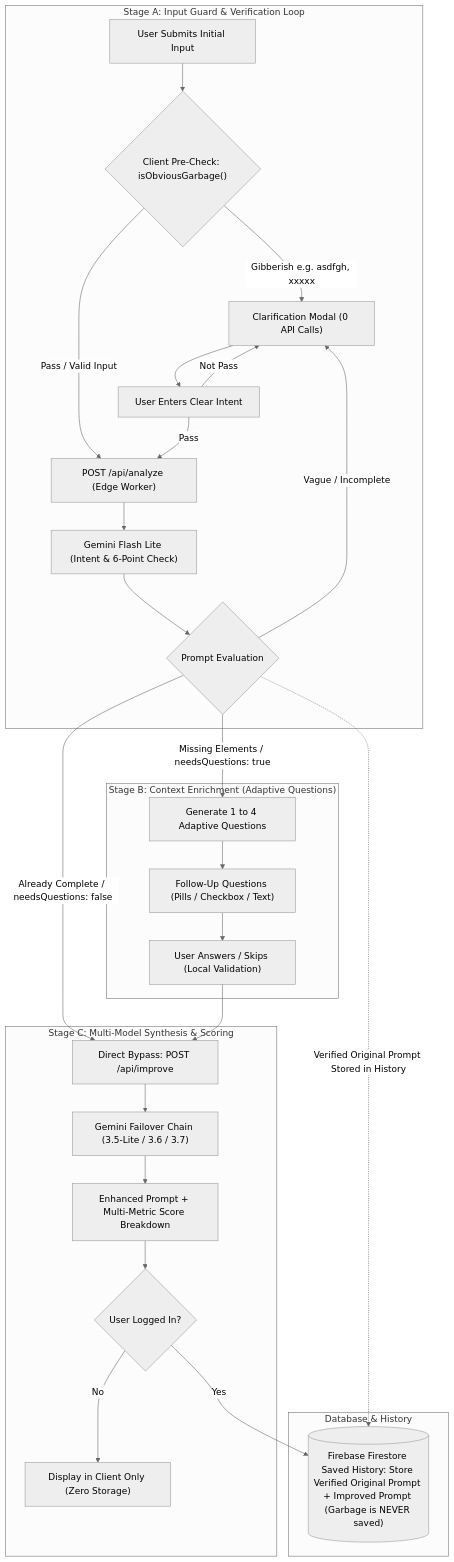
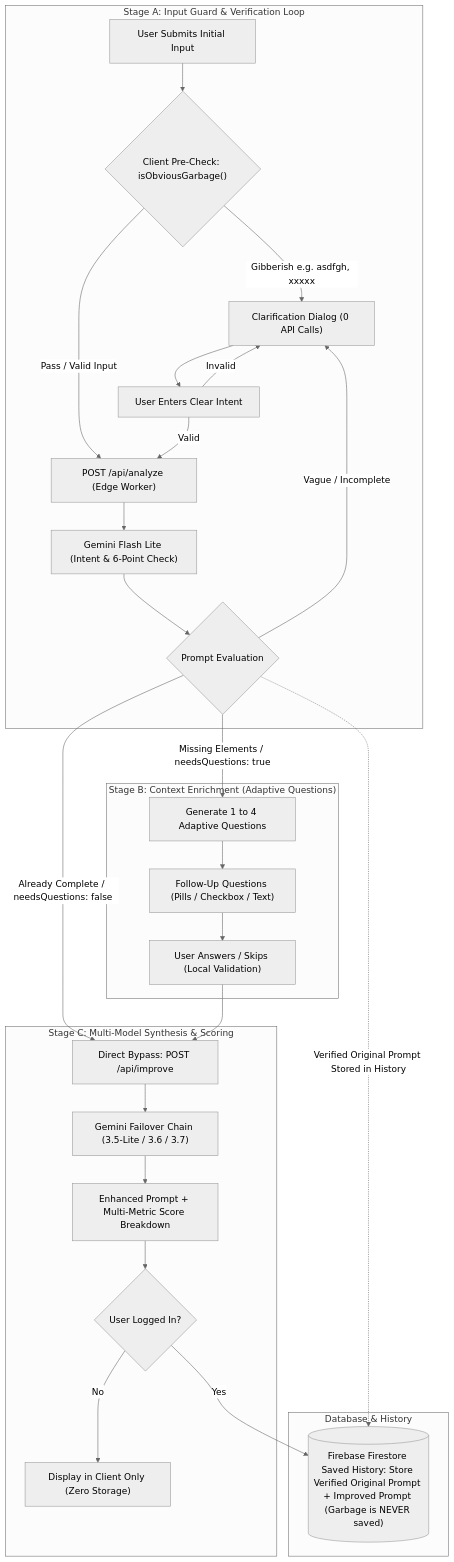
The diagram in README.md (Naseem2917/PromptWise), drawn with Mermaid (neutral theme) before and after one commit. The commit also changed other lines of this file and 30 other files, not shown here.

````diff
--- a/README.md
+++ b/README.md
@@ -178,38 +169,38 @@
 ```mermaid
 graph TD
     subgraph StageA["Stage A: Input Guard & Verification Loop"]
         A["User Submits Initial Input"] --> B{"Client Pre-Check: isObviousGarbage()"}
         
-        B -->|Gibberish e.g. asdfgh, xxxxx| C["Clarification Modal (0 API Calls)"]
+        B -->|Gibberish e.g. asdfgh, xxxxx| C["Clarification Dialog (0 API Calls)"]
         B -->|Pass / Valid Input| E["POST /api/analyze (Edge Worker)"]
         
         C --> D["User Enters Clear Intent"]
-        D -->|Not Pass| C
-        D -->|Pass| E
+        D -->|Invalid| C
+        D -->|Valid| E
         
         E --> F["Gemini Flash Lite (Intent & 6-Point Check)"]
         F --> G{"Prompt Evaluation"}
         
         G -->|Vague / Incomplete| C
     end
 
     subgraph StageB["Stage B: Context Enrichment (Adaptive Questions)"]
         G -->|Missing Elements / needsQuestions: true| H["Generate 1 to 4 Adaptive Questions"]
         H --> I["Follow-Up Questions (Pills / Checkbox / Text)"]
         I --> J["User Answers / Skips (Local Validation)"]
     end
 
     subgraph StageC["Stage C: Multi-Model Synthesis & Scoring"]
         G -->|Already Complete / needsQuestions: false| K["Direct Bypass: POST /api/improve"]
         J --> K
         K --> L["Gemini Failover Chain (3.5-Lite / 3.6 / 3.7)"]
         L --> M["Enhanced Prompt + Multi-Metric Score Breakdown"]
         M --> N{"User Logged In?"}
         N -->|No| O["Display in Client Only (Zero Storage)"]
     end
 
     subgraph Storage["Database & History"]
         G -.->|Verified Original Prompt Stored in History| P[("Firebase Firestore Saved History: Store Verified Original Prompt + Improved Prompt (Garbage is NEVER saved)")]
         N -->|Yes| P
     end
 ```
````
